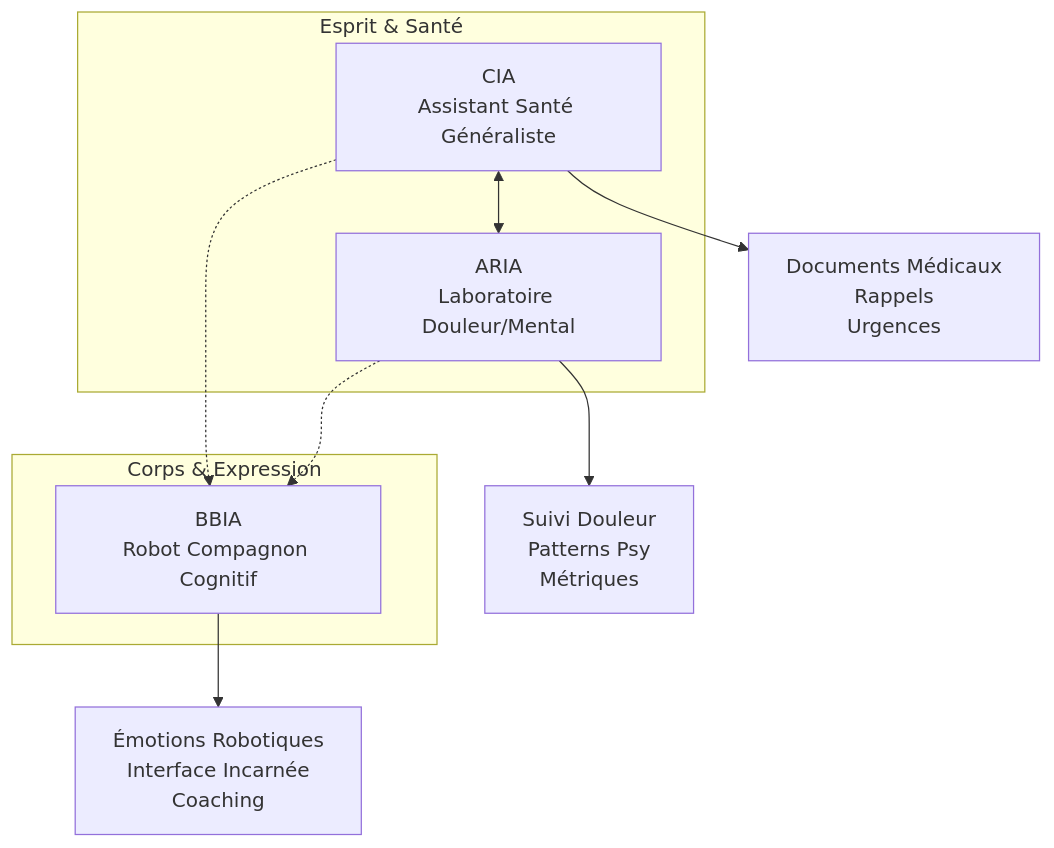
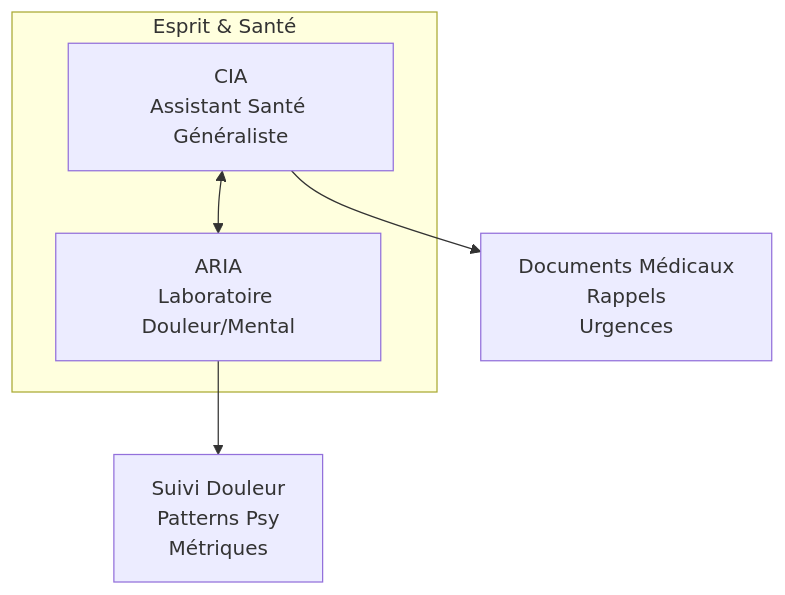
The third of 3 diagrams in README.md (arkalia-luna-system/arkalia-cia), drawn with Mermaid before and after one commit. The commit also changed other lines of this file and 13 other files, not shown here.

````diff
--- a/README.md
+++ b/README.md
@@ -574,19 +572,12 @@
 ```mermaid
 graph TB
     subgraph "Esprit & Santé"
         A[CIA<br/>Assistant Santé Généraliste]
         B[ARIA<br/>Laboratoire Douleur/Mental]
     end
-    
-    subgraph "Corps & Expression"
-        C[BBIA<br/>Robot Compagnon Cognitif]
-    end
-    
+
     A <--> B
-    A -.-> C
-    B -.-> C
-    
+
     A --> D[Documents Médicaux<br/>Rappels<br/>Urgences]
     B --> E[Suivi Douleur<br/>Patterns Psy<br/>Métriques]
-    C --> F[Émotions Robotiques<br/>Interface Incarnée<br/>Coaching]
 ```
````
